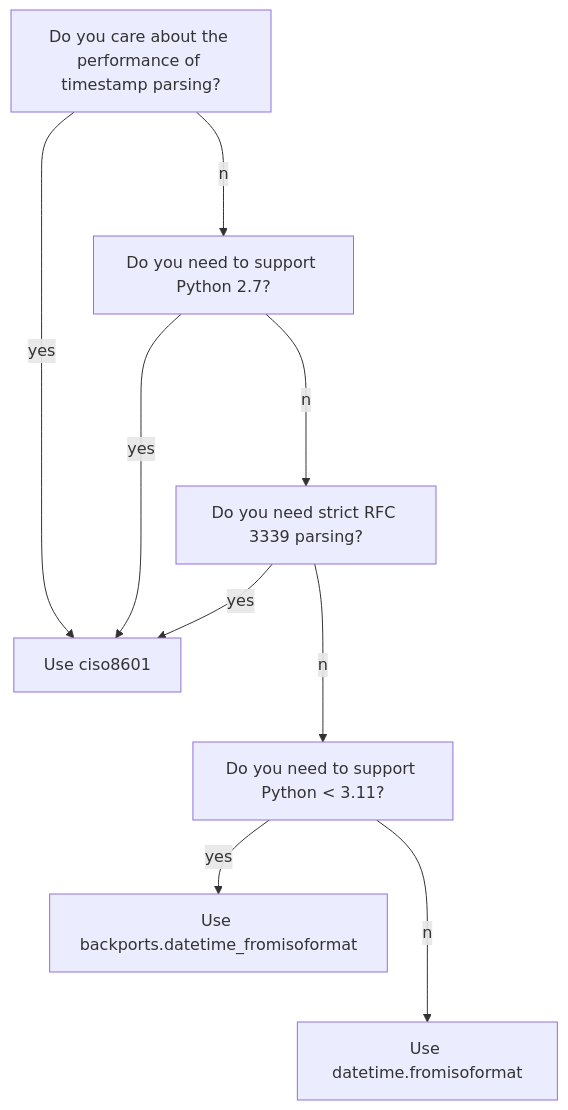
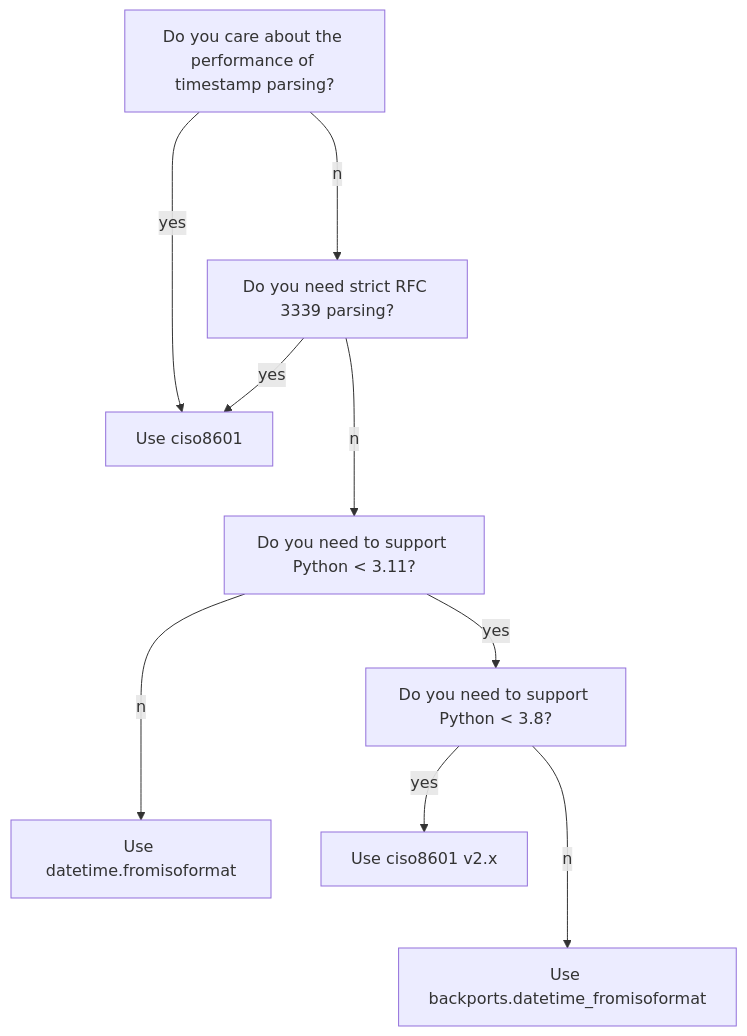
The diagram in why_ciso8601.md (closeio/ciso8601), drawn with Mermaid before and after one commit. The commit also changed other lines of this file and 8 other files, not shown here.

First line of the commit message:
Drop support for Python < 3.8 and remove CircleCI (#177)

````diff
--- a/why_ciso8601.md
+++ b/why_ciso8601.md
@@ -14,22 +14,23 @@
 ```mermaid
 graph TD;
     A[Do you care about the performance of timestamp parsing?]
     A--yes-->Y;
-    A--no-->C;
-
-    C[Do you need to support Python 2.7?];
-    C--yes-->Y
-    C--no-->E
+    A--no-->E;
 
     E[Do you need strict RFC 3339 parsing?];
     E--yes-->Y;
     E--no-->H;
 
     H[Do you need to support Python < 3.11?]
-    H--yes-->V;
+    H--yes-->I;
     H--no-->Z;
 
+    I[Do you need to support Python < 3.8?]
+    I--yes-->W;
+    I--no-->V;
+
     V[Use backports.datetime_fromisoformat]
+    W[Use ciso8601 v2.x]
     Y[Use ciso8601]
     Z[Use datetime.fromisoformat]
 ```
````
